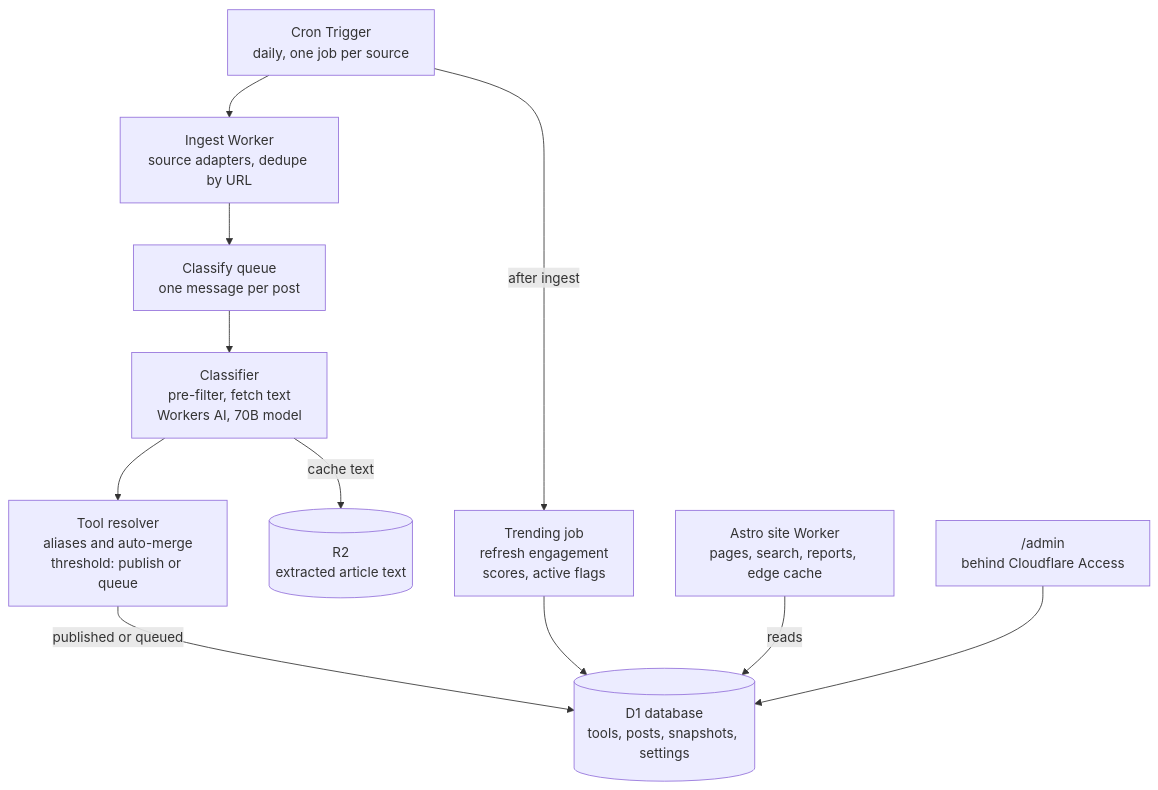
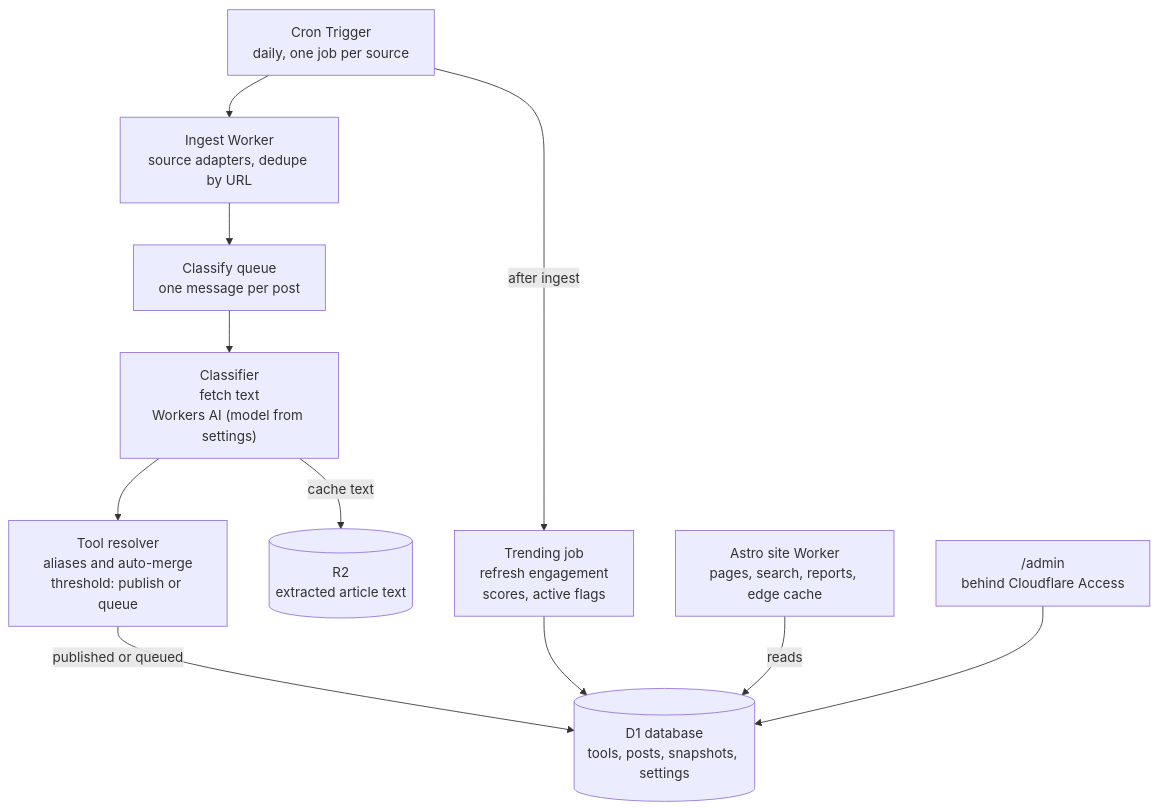
One commit to andyshinn/llmsite changed the diagram in docs/DESIGN.md. Above: the diagram before and after it, drawn with Mermaid. The commit also changed other lines of this file and 2 other files, not shown here.

````diff
--- a/docs/DESIGN.md
+++ b/docs/DESIGN.md
@@ -38,13 +38,13 @@
 ```mermaid
 flowchart TD
     cron["Cron Trigger<br/>daily, one job per source"] --> ingest["Ingest Worker<br/>source adapters, dedupe by URL"]
     ingest --> queue["Classify queue<br/>one message per post"]
-    queue --> classifier["Classifier<br/>pre-filter, fetch text<br/>Workers AI, 70B model"]
+    queue --> classifier["Classifier<br/>fetch text<br/>Workers AI (model from settings)"]
     classifier --> resolver["Tool resolver<br/>aliases and auto-merge<br/>threshold: publish or queue"]
     classifier -- cache text --> r2[("R2<br/>extracted article text")]
     resolver -- published or queued --> d1[("D1 database<br/>tools, posts, snapshots, settings")]
     cron -- after ingest --> trending["Trending job<br/>refresh engagement<br/>scores, active flags"]
     trending --> d1
     site["Astro site Worker<br/>pages, search, reports, edge cache"] -- reads --> d1
     admin["/admin<br/>behind Cloudflare Access"] --> d1
 ```
````
